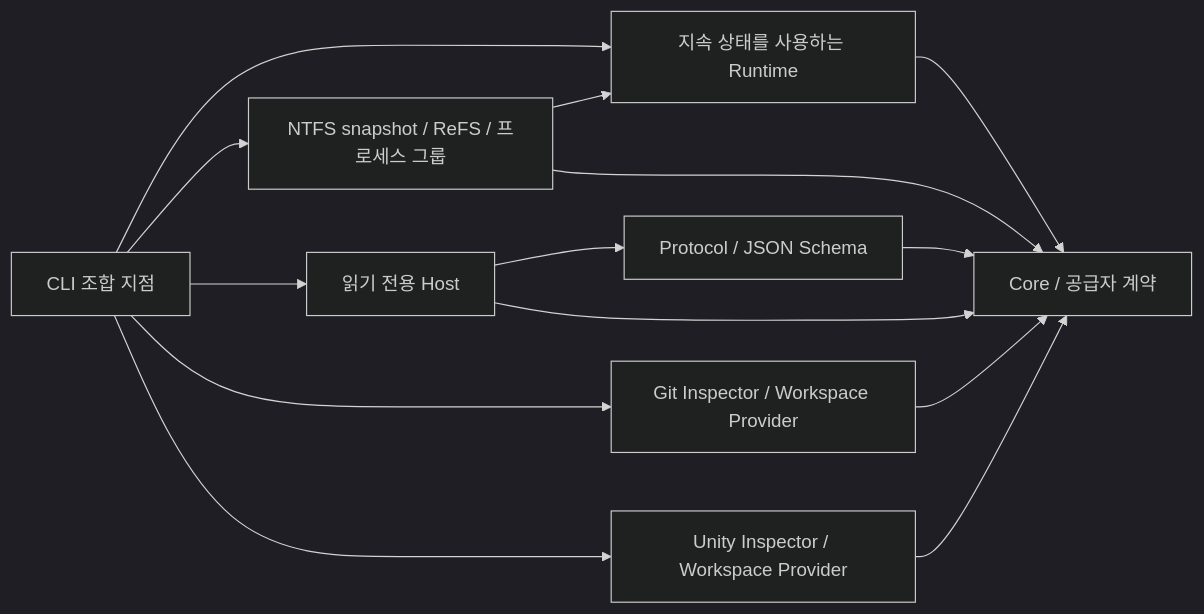
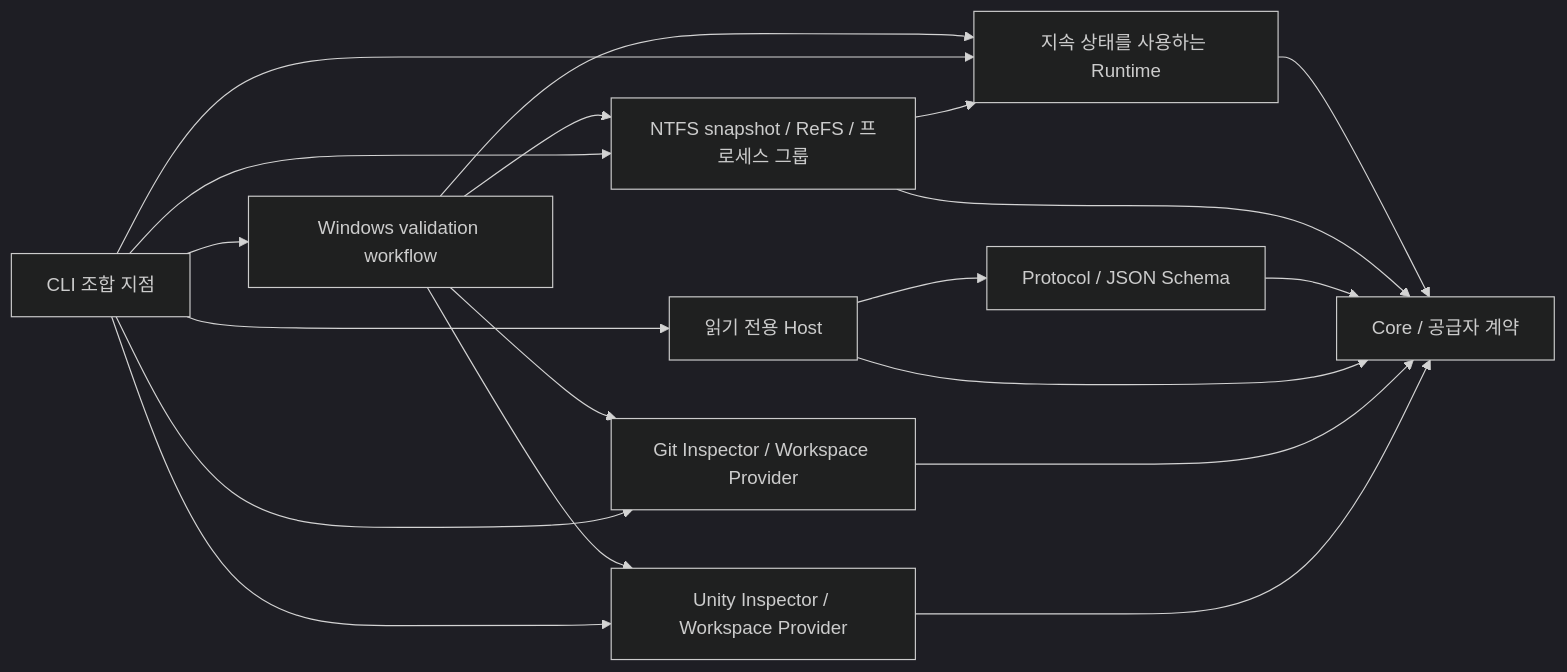
The diagram in docs/foundation.md (olivecrow/splinter), drawn with Mermaid (dark theme) before and after one commit. The commit also changed other lines of this file and 55 other files, not shown here.

Commit message:
Connect product validation workflow to VSS and Unity

````diff
--- a/docs/foundation.md
+++ b/docs/foundation.md
@@ -47,16 +51,21 @@
 ```mermaid
 flowchart LR
     CLI[CLI 조합 지점] --> Host[읽기 전용 Host]
-    CLI --> Runtime[지속 상태를 사용하는 Runtime]
+    CLI --> Workflow[Windows validation workflow]
+    Workflow --> Runtime[지속 상태를 사용하는 Runtime]
+    Workflow --> Git
+    Workflow --> Unity
+    Workflow --> Windows
+    CLI --> Runtime
     Runtime --> Core
     CLI --> Git[Git Inspector / Workspace Provider]
     CLI --> Unity[Unity Inspector / Workspace Provider]
     CLI --> Windows[NTFS snapshot / ReFS / 프로세스 그룹]
     Windows --> Core
     Windows --> Runtime
     Host --> Protocol[Protocol / JSON Schema]
     Protocol --> Core
     Host --> Core[Core / 공급자 계약]
     Git --> Core
     Unity --> Core
 ```
````
